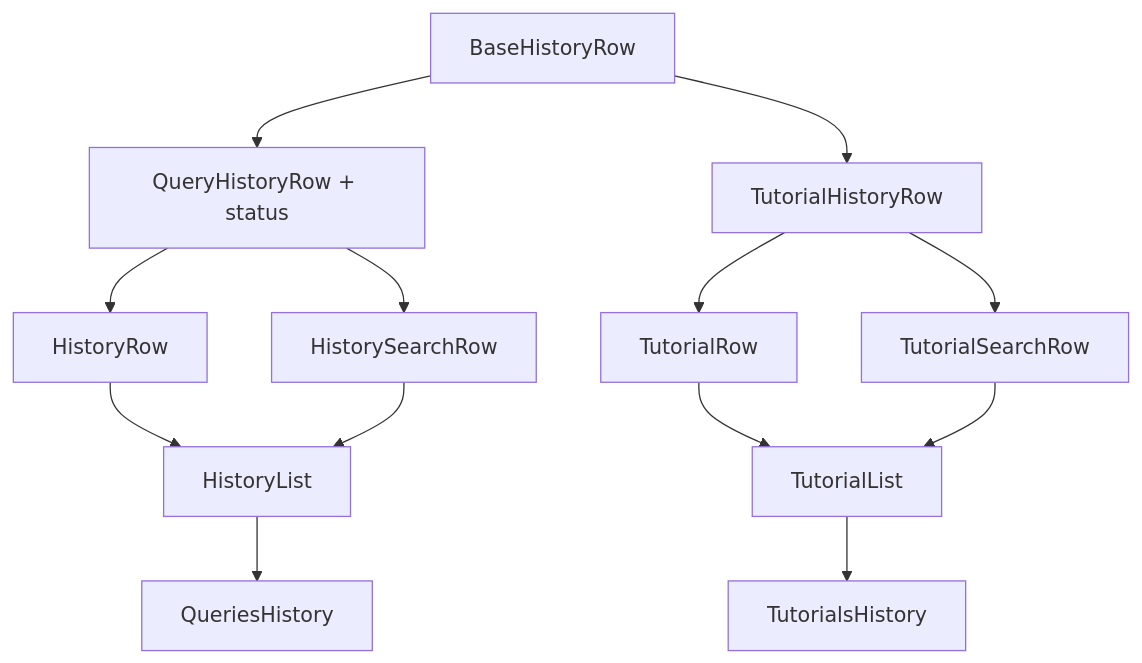
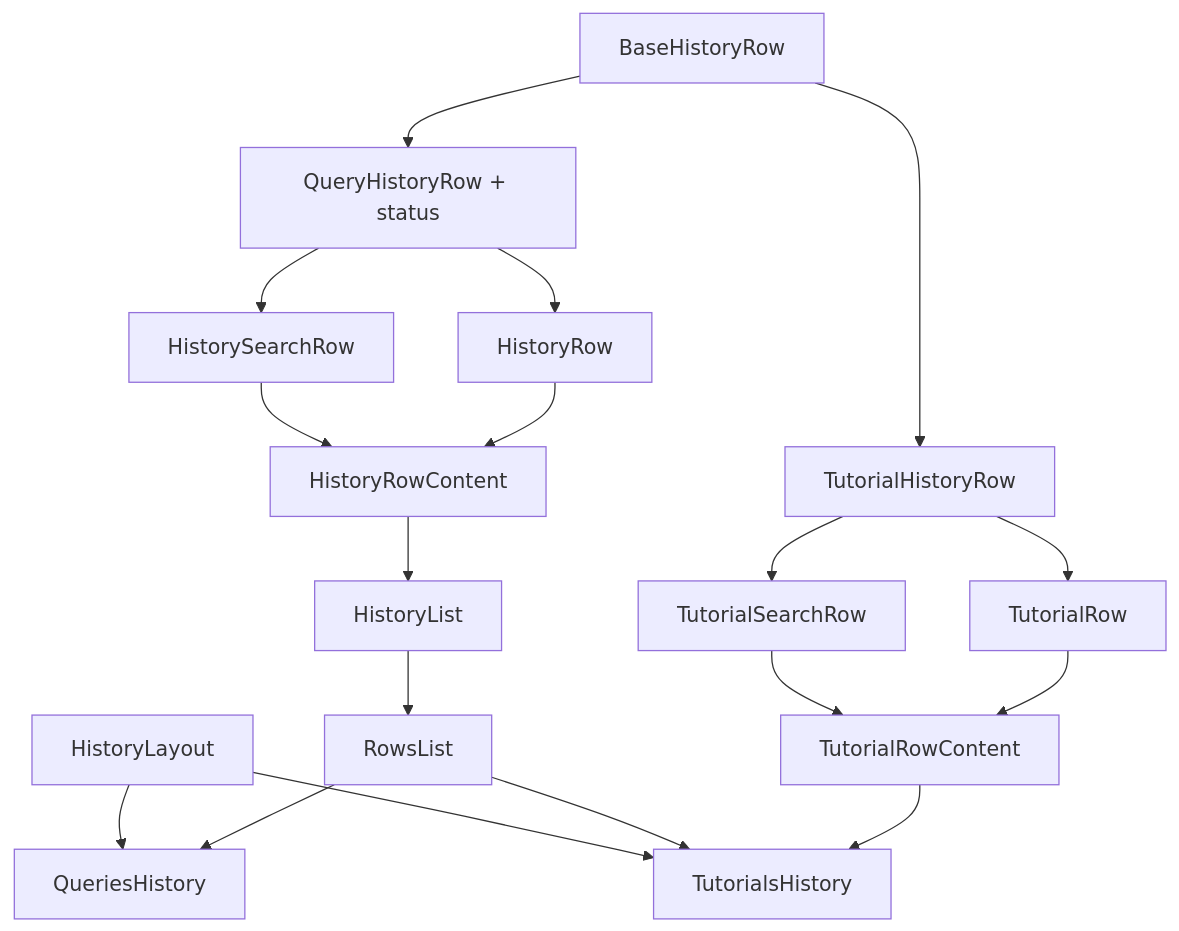
The diagram in plans/tutorials-history-plan.md (gravity-ui/querieskit), drawn with Mermaid before and after one commit. The commit also changed other lines of this file and 60 other files, not shown here.

Commit message:
feat(History): tutorials [YTFRONT-5935]

````diff
--- a/plans/tutorials-history-plan.md
+++ b/plans/tutorials-history-plan.md
@@ -20,18 +20,24 @@
 ```mermaid
 graph TD
     BHR[BaseHistoryRow] --> QHR[QueryHistoryRow + status]
     BHR --> THR[TutorialHistoryRow]
 
     QHR --> HistoryRow
     QHR --> HistorySearchRow
     THR --> TutorialRow
     THR --> TutorialSearchRow
 
-    HistoryRow --> HistoryList
-    HistorySearchRow --> HistoryList
-    TutorialRow --> TutorialList
-    TutorialSearchRow --> TutorialList
+    HistoryRow --> HistoryRowContent
+    HistorySearchRow --> HistoryRowContent
+    TutorialRow --> TutorialRowContent
+    TutorialSearchRow --> TutorialRowContent
 
-    HistoryList --> QueriesHistory
-    TutorialList --> TutorialsHistory
+    HistoryRowContent --> HistoryList
+    HistoryList --> RowsList
+    TutorialRowContent --> TutorialsHistory
+
+    RowsList --> QueriesHistory
+    RowsList --> TutorialsHistory
+    HistoryLayout --> QueriesHistory
+    HistoryLayout --> TutorialsHistory
 ```
````
